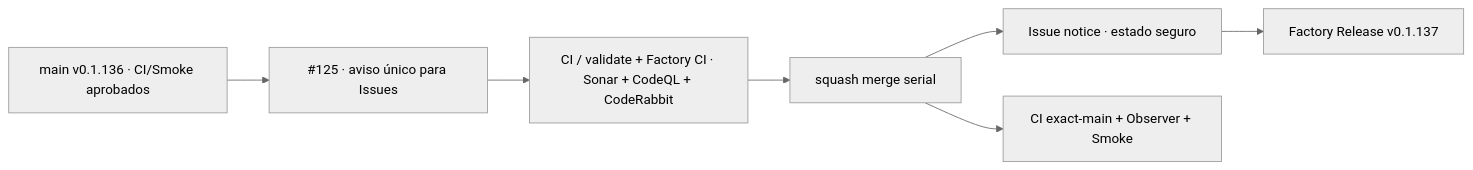
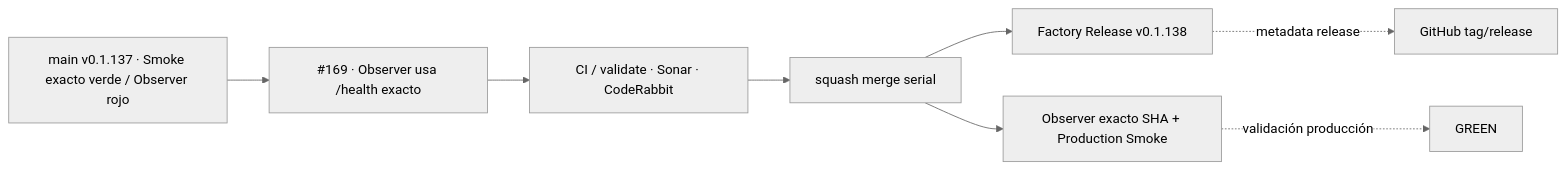
One commit to pl0n3r/GrindFlow changed the diagram in README.md. Above: the diagram before and after it, drawn with Mermaid (neutral theme). The commit also changed other lines of this file and 8 other files, not shown here.

First line of the commit message:
fix(ops): observar deploy por health exacto (V 0.1.138) (#172)

````diff
--- a/README.md
+++ b/README.md
@@ -47,9 +47,10 @@
 ```mermaid
 flowchart LR
-  A["main v0.1.136 · CI/Smoke aprobados"] --> P["#125 · aviso único para Issues"]
-  P --> Q["CI / validate + Factory CI · Sonar + CodeQL + CodeRabbit"]
+  A["main v0.1.137 · Smoke exacto verde / Observer rojo"] --> P["#169 · Observer usa /health exacto"]
+  P --> Q["CI / validate · Sonar · CodeRabbit"]
   Q --> M["squash merge serial"]
-  M --> F["Issue notice · estado seguro"]
-  F --> R["Factory Release v0.1.137"]
-  M --> X["CI exact-main + Observer + Smoke"]
+  M --> R["Factory Release v0.1.138"]
+  M --> X["Observer exacto SHA + Production Smoke"]
+  R -. "metadata release" .-> Z["GitHub tag/release"]
+  X -. "validación producción" .-> Y["GREEN"]
 ```
````
